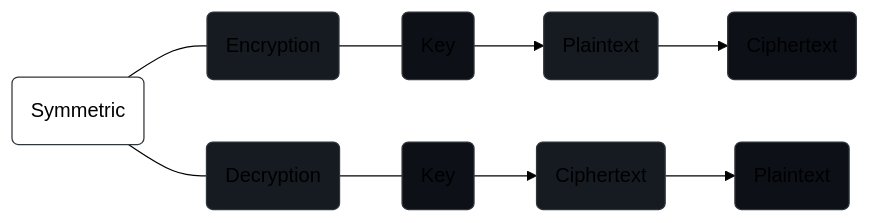
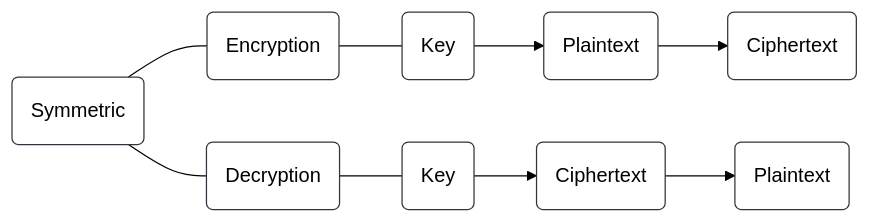
One commit to rylan-justice/rca changed the diagram in .github/Readme.md. Above: the diagram before and after it, drawn with Mermaid (forest theme). The commit also changed other lines of this file, not shown here.

````diff
--- a/.github/Readme.md
+++ b/.github/Readme.md
@@ -8,12 +8,12 @@
 ```mermaid
 graph LR;1(Symmetric)---2(Encryption)---3(Key)-->4(Plaintext)-->5(Ciphertext);1(Symmetric)---6(Decryption)---7(Key)-->8(Ciphertext)-->9(Plaintext)
 style 1 fill:#00000000,stroke:#30363d
-style 2 fill:#161b22,stroke:#30363d
-style 3 fill:#0d1117,stroke:#30363d
-style 4 fill:#161b22,stroke:#30363d
-style 5 fill:#0d1117,stroke:#30363d
-style 6 fill:#161b22,stroke:#30363d
-style 7 fill:#0d1117,stroke:#30363d
-style 8 fill:#161b22,stroke:#30363d
-style 9 fill:#0d1117,stroke:#30363d
+style 2 fill:#00000000,stroke:#30363d
+style 3 fill:#00000000,stroke:#30363d
+style 4 fill:#00000000,stroke:#30363d
+style 5 fill:#00000000,stroke:#30363d
+style 6 fill:#00000000,stroke:#30363d
+style 7 fill:#00000000,stroke:#30363d
+style 8 fill:#00000000,stroke:#30363d
+style 9 fill:#00000000,stroke:#30363d
 ```
````
